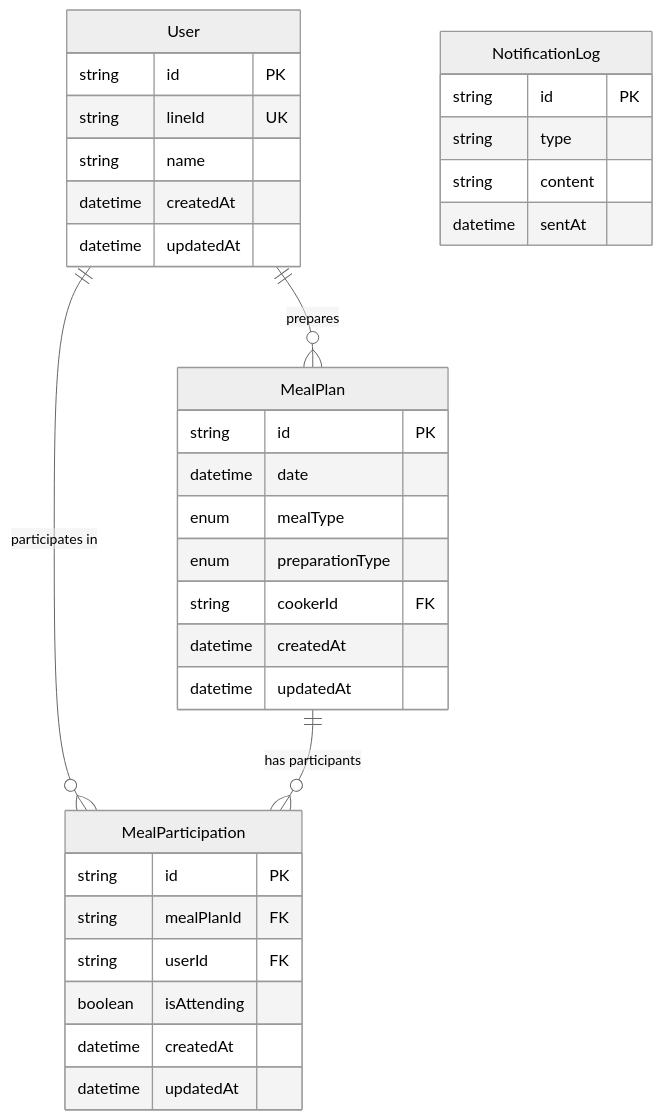
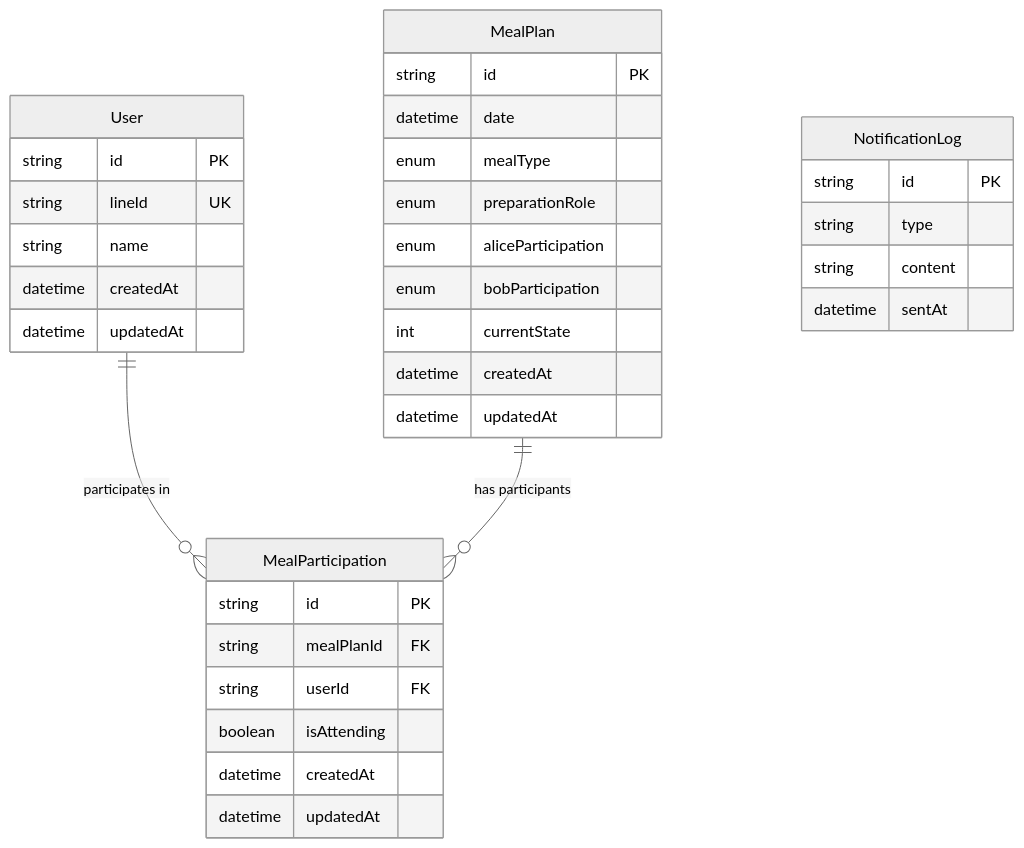
The diagram in docs/er_diagram.md (oginoshikibu/personal-linebot-hono), drawn with Mermaid (neutral theme) before and after one commit. The commit also changed other lines of this file and 9 other files, not shown here.

````diff
--- a/docs/er_diagram.md
+++ b/docs/er_diagram.md
@@ -11,40 +11,41 @@
 ```mermaid
 erDiagram
     User {
         string id PK
         string lineId UK
         string name
         datetime createdAt
         datetime updatedAt
     }
     
     MealPlan {
         string id PK
         datetime date
         enum mealType
-        enum preparationType
-        string cookerId FK
+        enum preparationRole
+        enum aliceParticipation
+        enum bobParticipation
+        int currentState
         datetime createdAt
         datetime updatedAt
     }
     
     MealParticipation {
         string id PK
         string mealPlanId FK
         string userId FK
         boolean isAttending
         datetime createdAt
         datetime updatedAt
     }
     
     NotificationLog {
         string id PK
         string type
         string content
         datetime sentAt
     }
     
     User ||--o{ MealParticipation : "participates in"
     MealPlan ||--o{ MealParticipation : "has participants"
-    User ||--o{ MealPlan : "prepares"
 ```
````
